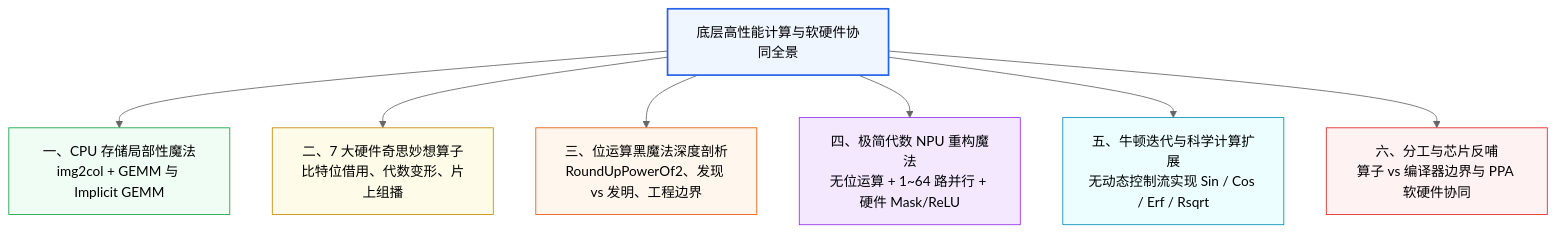
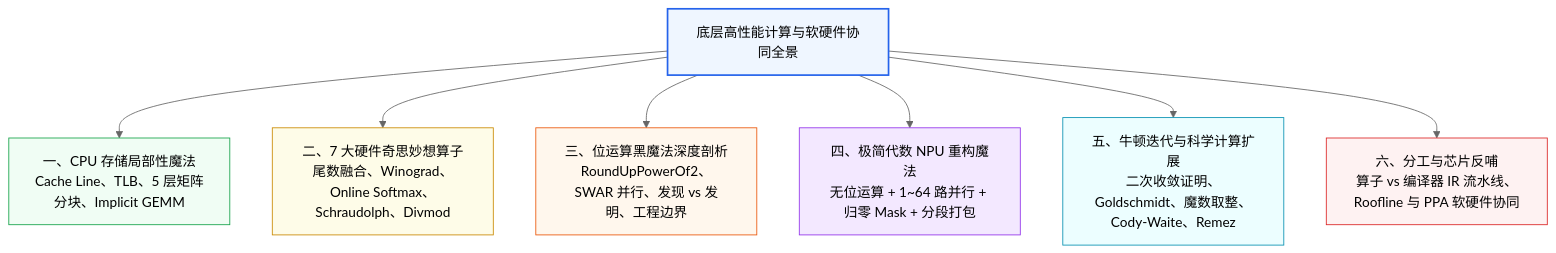
Before and after one commit to hqu-little-boy/blog: the first of 10 diagrams in src/content/posts/cpu-npu-operator-optimization-bithacks-numerical-codesign-guide.md, drawn with Mermaid (neutral theme). The commit also changed other lines of this file, not shown here.

````diff
--- a/src/content/posts/cpu-npu-operator-optimization-bithacks-numerical-codesign-guide.md
+++ b/src/content/posts/cpu-npu-operator-optimization-bithacks-numerical-codesign-guide.md
@@ -55,17 +59,17 @@
 ```mermaid
 flowchart TD
-    Root["底层高性能计算与软硬件协同全景"] --> P1["一、CPU 存储局部性魔法<br/>img2col + GEMM 与 Implicit GEMM"]
-    Root --> P2["二、7 大硬件奇思妙想算子<br/>比特位借用、代数变形、片上组播"]
-    Root --> P3["三、位运算黑魔法深度剖析<br/>RoundUpPowerOf2、发现 vs 发明、工程边界"]
-    Root --> P4["四、极简代数 NPU 重构魔法<br/>无位运算 + 1~64 路并行 + 硬件 Mask/ReLU"]
-    Root --> P5["五、牛顿迭代与科学计算扩展<br/>无动态控制流实现 Sin / Cos / Erf / Rsqrt"]
-    Root --> P6["六、分工与芯片反哺<br/>算子 vs 编译器边界与 PPA 软硬件协同"]
+    Root["底层高性能计算与软硬件协同全景"] --> P1["一、CPU 存储局部性魔法<br/>Cache Line、TLB、5 层矩阵分块、Implicit GEMM"]
+    Root --> P2["二、7 大硬件奇思妙想算子<br/>尾数融合、Winograd、Online Softmax、Schraudolph、Divmod"]
+    Root --> P3["三、位运算黑魔法深度剖析<br/>RoundUpPowerOf2、SWAR 并行、发现 vs 发明、工程边界"]
+    Root --> P4["四、极简代数 NPU 重构魔法<br/>无位运算 + 1~64 路并行 + 归零 Mask + 分段打包"]
+    Root --> P5["五、牛顿迭代与科学计算扩展<br/>二次收敛证明、Goldschmidt、魔数取整、Cody-Waite、Remez"]
+    Root --> P6["六、分工与芯片反哺<br/>算子 vs 编译器 IR 流水线、Roofline 与 PPA 软硬件协同"]
 
     style Root fill:#eff6ff,stroke:#2563eb,stroke-width:2px
     style P1 fill:#f0fdf4,stroke:#16a34a
     style P2 fill:#fefce8,stroke:#ca8a04
     style P3 fill:#fff7ed,stroke:#ea580c
     style P4 fill:#f3e8ff,stroke:#9333ea
     style P5 fill:#ecfeff,stroke:#0891b2
     style P6 fill:#fef2f2,stroke:#dc2626
 ```
````
